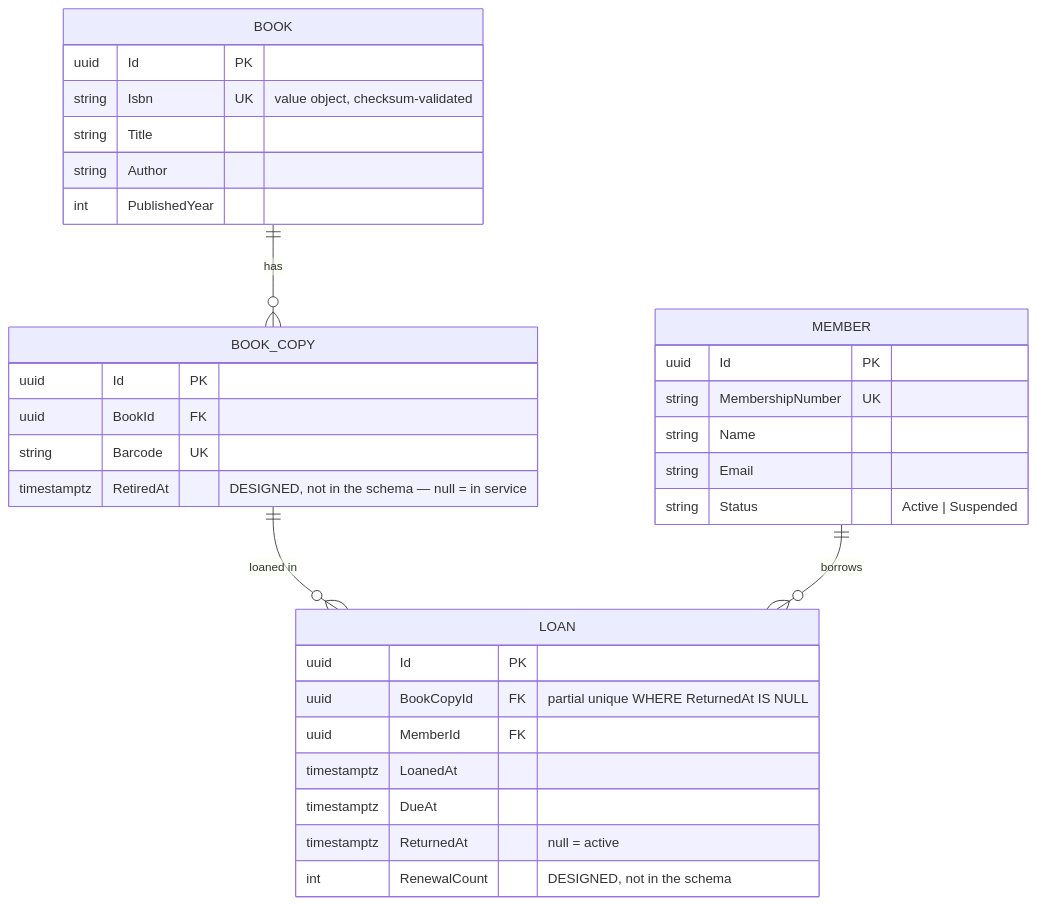
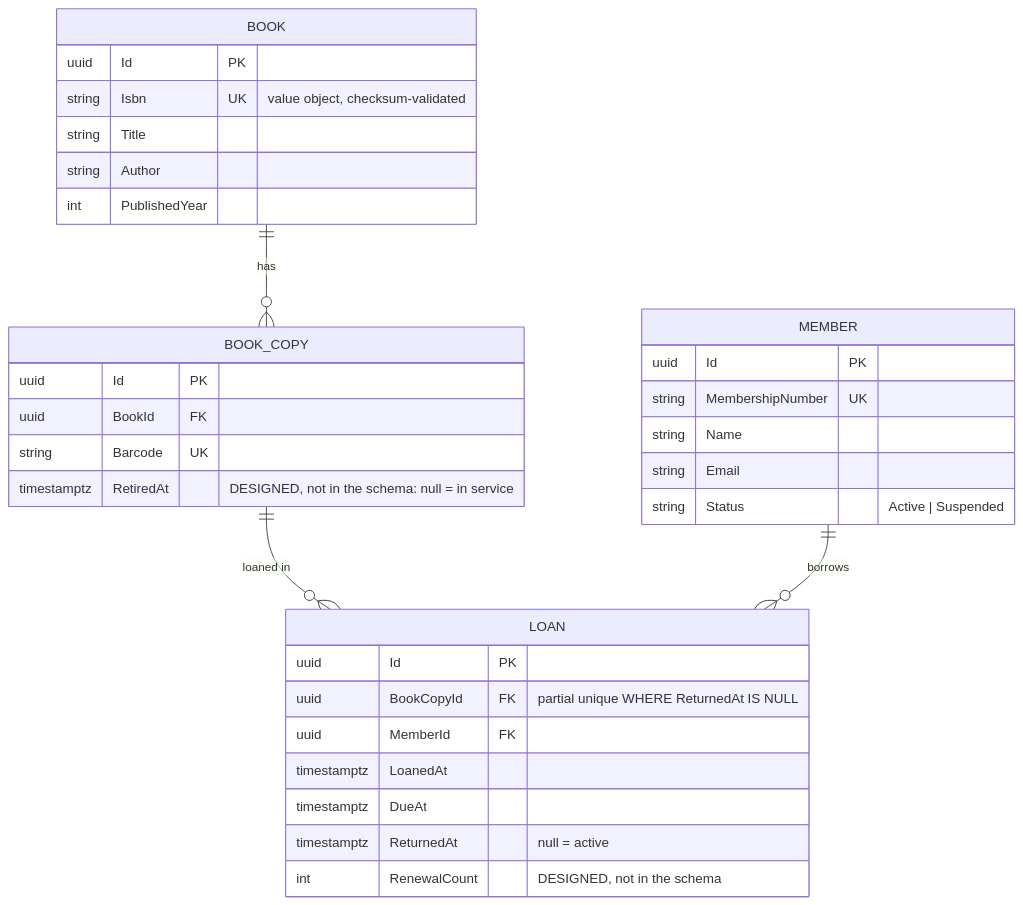
One commit to Nooziergg/library-loans-api changed the third of 7 diagrams in docs/ARCHITECTURE.md. Above: the diagram before and after it, drawn with Mermaid. The commit also changed other lines of this file and 127 other files, not shown here.

````diff
--- a/docs/ARCHITECTURE.md
+++ b/docs/ARCHITECTURE.md
@@ -129,36 +129,36 @@
 ```mermaid
 erDiagram
     BOOK ||--o{ BOOK_COPY : "has"
     BOOK_COPY ||--o{ LOAN : "loaned in"
     MEMBER ||--o{ LOAN : "borrows"
 
     BOOK {
         uuid Id PK
         string Isbn UK "value object, checksum-validated"
         string Title
         string Author
         int PublishedYear
     }
     BOOK_COPY {
         uuid Id PK
         uuid BookId FK
         string Barcode UK
-        timestamptz RetiredAt "DESIGNED, not in the schema — null = in service"
+        timestamptz RetiredAt "DESIGNED, not in the schema: null = in service"
     }
     MEMBER {
         uuid Id PK
         string MembershipNumber UK
         string Name
         string Email
         string Status "Active | Suspended"
     }
     LOAN {
         uuid Id PK
         uuid BookCopyId FK "partial unique WHERE ReturnedAt IS NULL"
         uuid MemberId FK
         timestamptz LoanedAt
         timestamptz DueAt
         timestamptz ReturnedAt "null = active"
         int RenewalCount "DESIGNED, not in the schema"
     }
 ```
````
